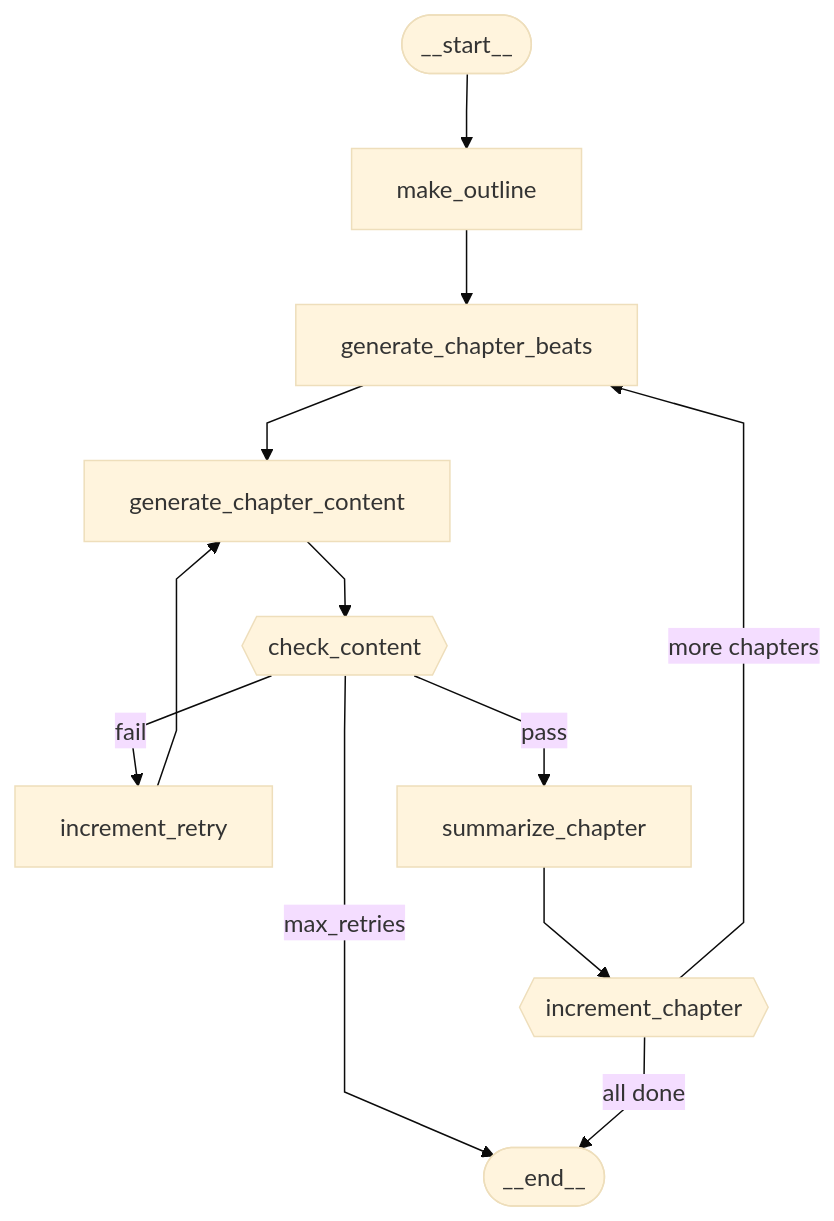
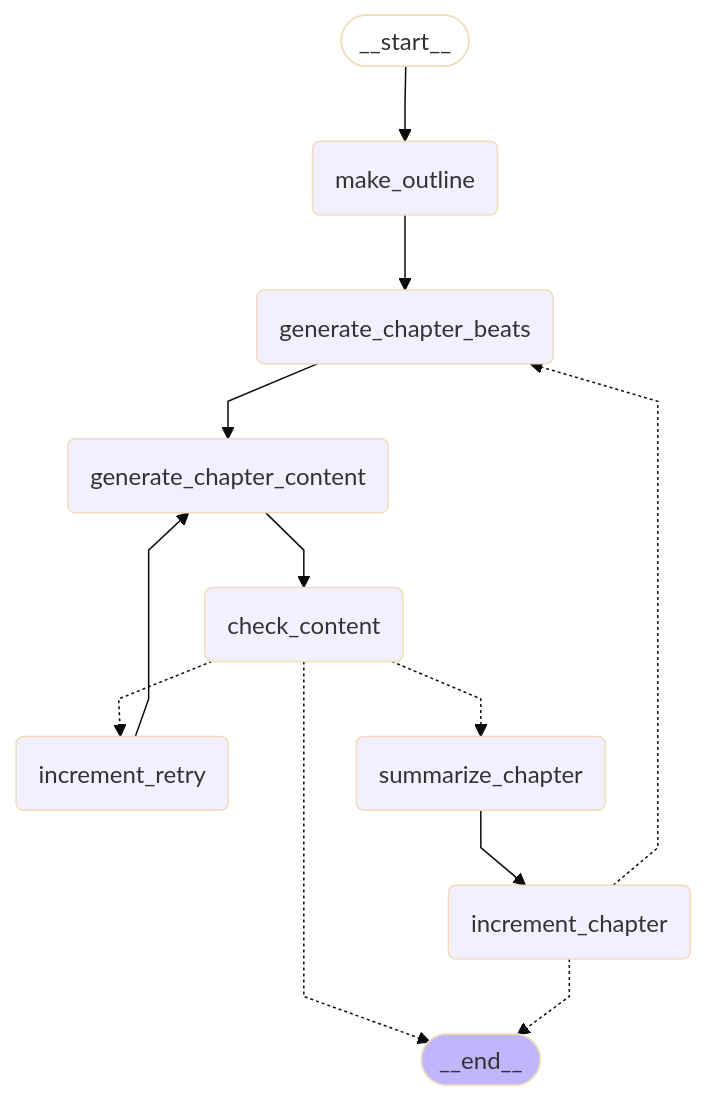
The diagram in data/graph.mmd (bmwise14/story_agent), drawn with Mermaid (base theme) before and after one commit. The commit also changed 3 other files, not shown here.

First line of the commit message:
fix(graph): add path_map to conditional edges so LangGraph renders them

```diff
--- a/data/graph.mmd
+++ b/data/graph.mmd
@@ -1,30 +1,29 @@
 ---
 config:
   flowchart:
     curve: linear
 ---
 graph TD;
-    __start__([__start__])
-    make_outline[make_outline]
-    generate_chapter_beats[generate_chapter_beats]
-    generate_chapter_content[generate_chapter_content]
-    check_content{{check_content}}
-    increment_retry[increment_retry]
-    summarize_chapter[summarize_chapter]
-    increment_chapter{{increment_chapter}}
-    __end__([__end__])
-
-    __start__ --> make_outline
-    make_outline --> generate_chapter_beats
-    generate_chapter_beats --> generate_chapter_content
-    generate_chapter_content --> check_content
-
-    check_content -->|"pass"| summarize_chapter
-    check_content -->|"fail"| increment_retry
-    check_content -->|"max_retries"| __end__
-
-    increment_retry --> generate_chapter_content
-    summarize_chapter --> increment_chapter
-
-    increment_chapter -->|"more chapters"| generate_chapter_beats
-    increment_chapter -->|"all done"| __end__
+	__start__([<p>__start__</p>]):::first
+	make_outline(make_outline)
+	generate_chapter_beats(generate_chapter_beats)
+	generate_chapter_content(generate_chapter_content)
+	check_content(check_content)
+	increment_retry(increment_retry)
+	summarize_chapter(summarize_chapter)
+	increment_chapter(increment_chapter)
+	__end__([<p>__end__</p>]):::last
+	__start__ --> make_outline;
+	check_content -.-> __end__;
+	check_content -.-> increment_retry;
+	check_content -.-> summarize_chapter;
+	generate_chapter_beats --> generate_chapter_content;
+	generate_chapter_content --> check_content;
+	increment_chapter -.-> __end__;
+	increment_chapter -.-> generate_chapter_beats;
+	increment_retry --> generate_chapter_content;
+	make_outline --> generate_chapter_beats;
+	summarize_chapter --> increment_chapter;
+	classDef default fill:#f2f0ff,line-height:1.2
+	classDef first fill-opacity:0
+	classDef last fill:#bfb6fc
```
